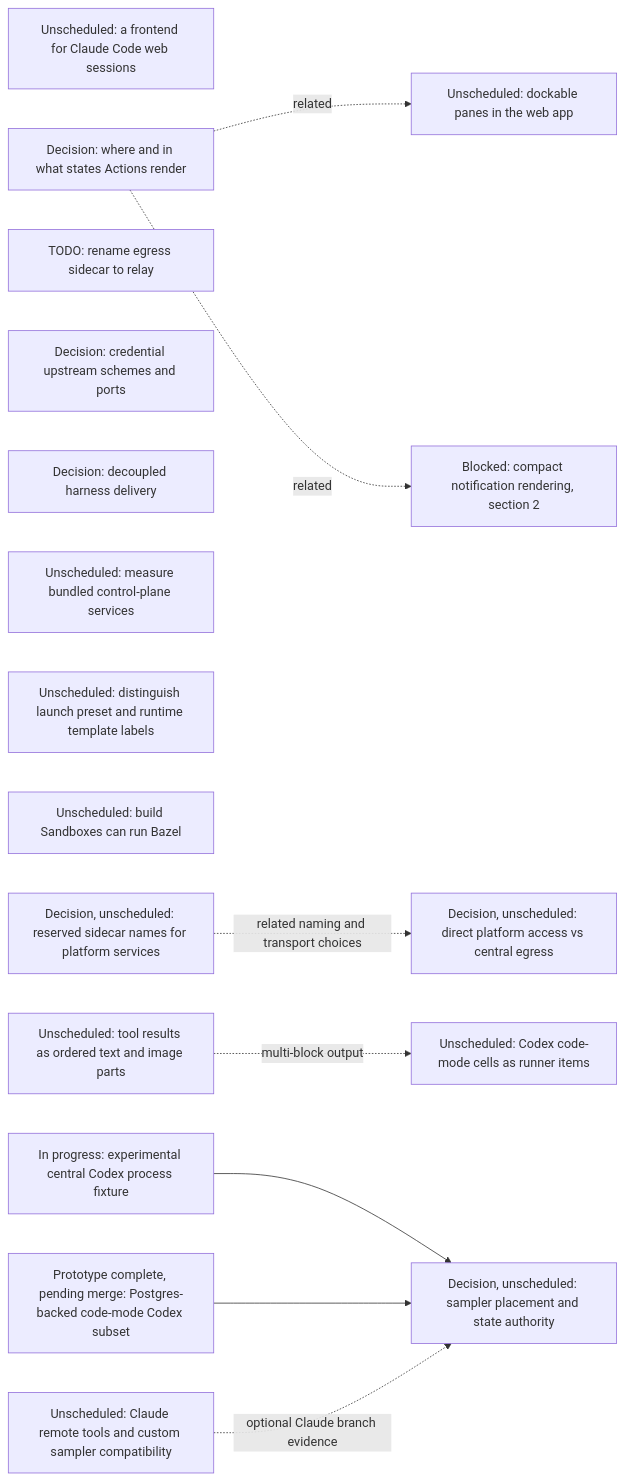
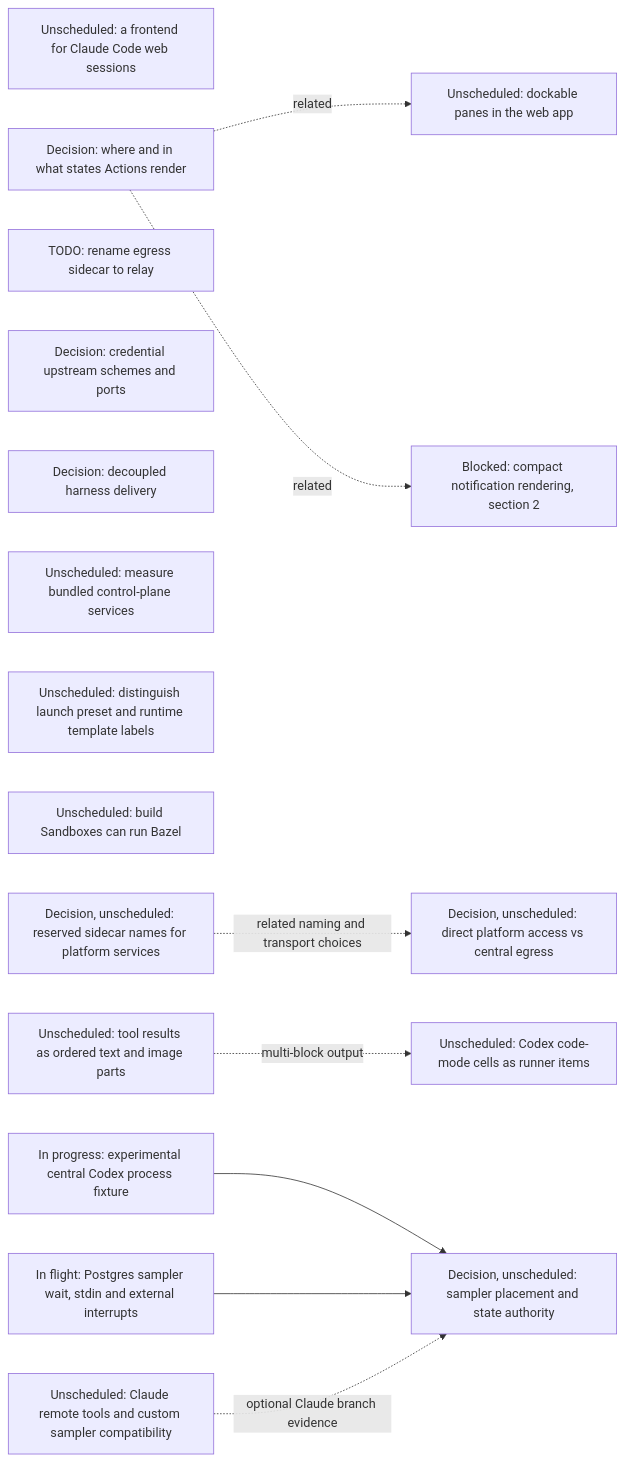
Before and after one commit to agentydragon-agent/ducktape: the eighth of 19 diagrams in agentplane/plans/task_dag.md, drawn with Mermaid. The commit also changed other lines of this file and 17 other files, not shown here.

Commit message:
feat(agentplane): add Postgres sampler process controls

````diff
--- a/agentplane/plans/task_dag.md
+++ b/agentplane/plans/task_dag.md
@@ -589,26 +589,26 @@
 ```mermaid
 flowchart LR
     CLAUDE_CODE_WEB_BRIDGE[Unscheduled: a frontend for Claude Code web sessions]
     ACTION_SURFACES_DESIGN[Decision: where and in what states Actions render]
     EGRESS_RELAY_RENAME[TODO: rename egress sidecar to relay]
     EGRESS_CREDENTIAL_TRANSPORT_DESIGN[Decision: credential upstream schemes and ports]
     RUNNER_HARNESS_DELIVERY_DESIGN[Decision: decoupled harness delivery]
     K3S_BUNDLED_SERVICES_SPIKE[Unscheduled: measure bundled control-plane services]
     DOCKABLE_PANES[Unscheduled: dockable panes in the web app]
     ACTION_SURFACES_DESIGN -. related .-> DOCKABLE_PANES
     NOTIFICATION_PRESENTATION[Blocked: compact notification rendering, section 2]
     ACTION_SURFACES_DESIGN -. related .-> NOTIFICATION_PRESENTATION
     SANDBOX_FORM_TERMINOLOGY[Unscheduled: distinguish launch preset and runtime template labels]
     BUILD_BOX_BAZEL[Unscheduled: build Sandboxes can run Bazel]
     PLATFORM_SERVICE_NAMES_DESIGN[Decision, unscheduled: reserved sidecar names for platform services]
     PLATFORM_SERVICE_ROUTING_DESIGN[Decision, unscheduled: direct platform access vs central egress]
     PLATFORM_SERVICE_NAMES_DESIGN -. related naming and transport choices .-> PLATFORM_SERVICE_ROUTING_DESIGN
     STRUCTURED_TOOL_OUTPUT[Unscheduled: tool results as ordered text and image parts]
     STRUCTURED_TOOL_OUTPUT -. multi-block output .-> CODEX_CODE_MODE_CELLS[Unscheduled: Codex code-mode cells as runner items]
     CENTRAL_CODEX_SPIKE[In progress: experimental central Codex process fixture]
     CENTRAL_CODEX_SPIKE --> HARNESS_PLACEMENT_DESIGN[Decision, unscheduled: sampler placement and state authority]
-    POSTGRES_HARNESS_SPIKE[Prototype complete, pending merge: Postgres-backed code-mode Codex subset]
-    POSTGRES_HARNESS_SPIKE --> HARNESS_PLACEMENT_DESIGN
+    POSTGRES_HARNESS_CONTROLS[In flight: Postgres sampler wait, stdin and external interrupts]
+    POSTGRES_HARNESS_CONTROLS --> HARNESS_PLACEMENT_DESIGN
     CLAUDE_REMOTE_EXECUTION_SPIKE[Unscheduled: Claude remote tools and custom sampler compatibility]
     CLAUDE_REMOTE_EXECUTION_SPIKE -. optional Claude branch evidence .-> HARNESS_PLACEMENT_DESIGN
 ```
````
